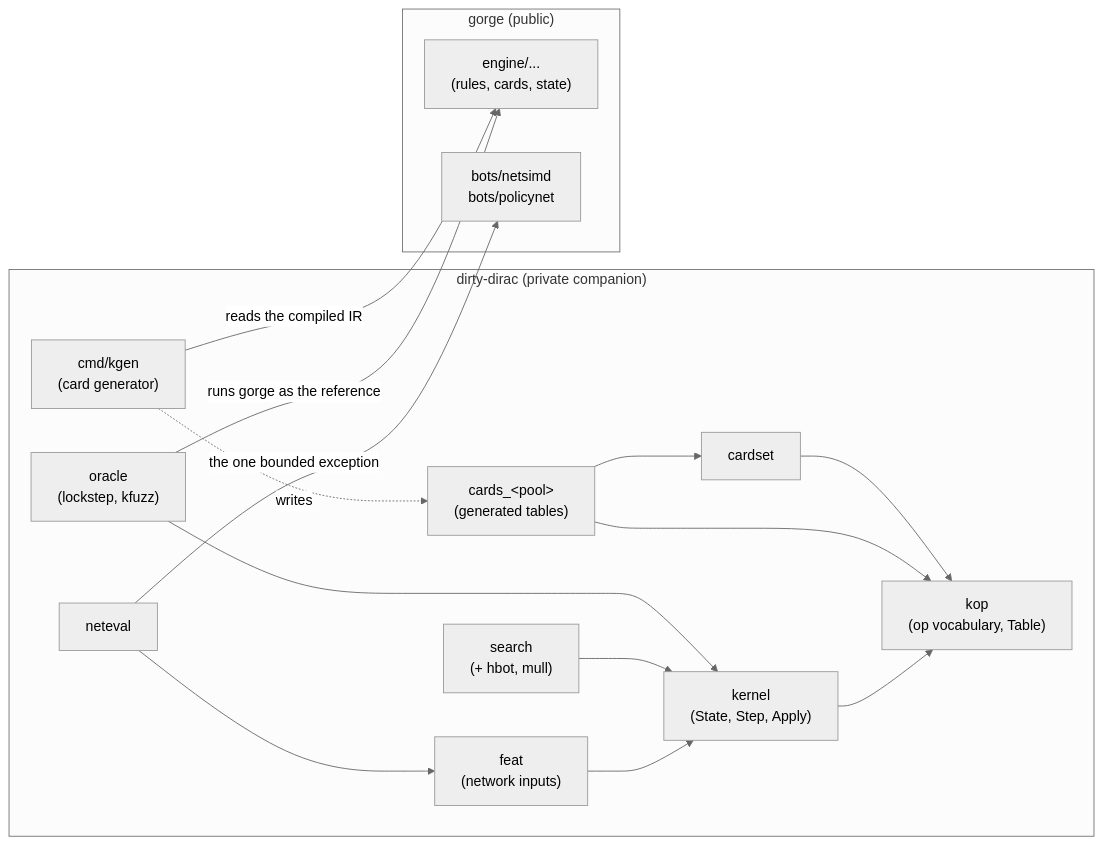
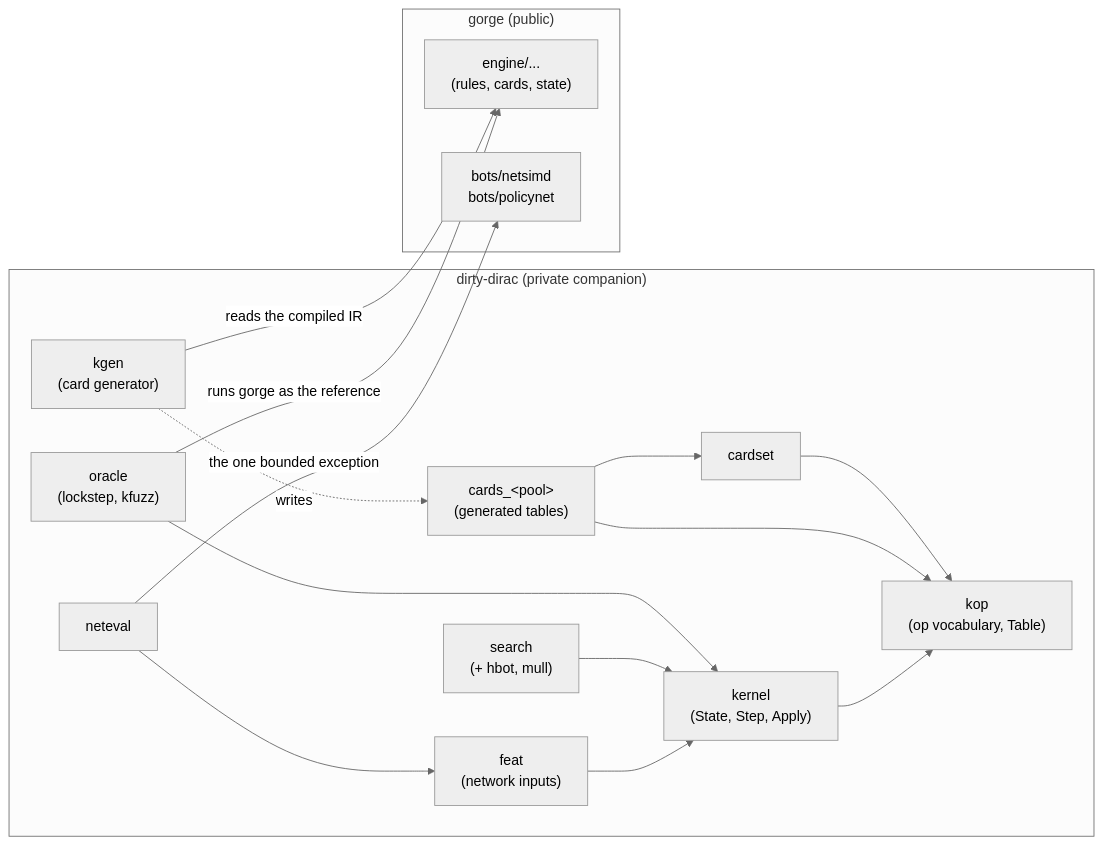
The diagram in docs/site/architecture/dirty-dirac/index.md (adams-shaun/gorge), drawn with Mermaid (neutral theme) before and after one commit. The commit also changed other lines of this file and 39 other files, not shown here.

````diff
--- a/docs/site/architecture/dirty-dirac/index.md
+++ b/docs/site/architecture/dirty-dirac/index.md
@@ -139,21 +139,21 @@
 ```mermaid
 flowchart LR
   subgraph fy["dirty-dirac (private companion)"]
     kernel["kernel<br/>(State, Step, Apply)"] --> kop["kop<br/>(op vocabulary, Table)"]
     cards["cards_&lt;pool&gt;<br/>(generated tables)"] --> kop
     cardset --> kop
     cards --> cardset
     feat["feat<br/>(network inputs)"] --> kernel
     search["search<br/>(+ hbot, mull)"] --> kernel
     neteval --> feat
     oracle["oracle<br/>(lockstep, kfuzz)"] --> kernel
-    kgen["cmd/kgen<br/>(card generator)"] -.->|writes| cards
+    kgen["kgen<br/>(card generator)"] -.->|writes| cards
   end
   subgraph g["gorge (public)"]
     engine["engine/...<br/>(rules, cards, state)"]
     net["bots/netsimd<br/>bots/policynet"]
   end
   neteval -->|"the one bounded exception"| net
   oracle -->|"runs gorge as the reference"| engine
   kgen -->|"reads the compiled IR"| engine
 ```
````
